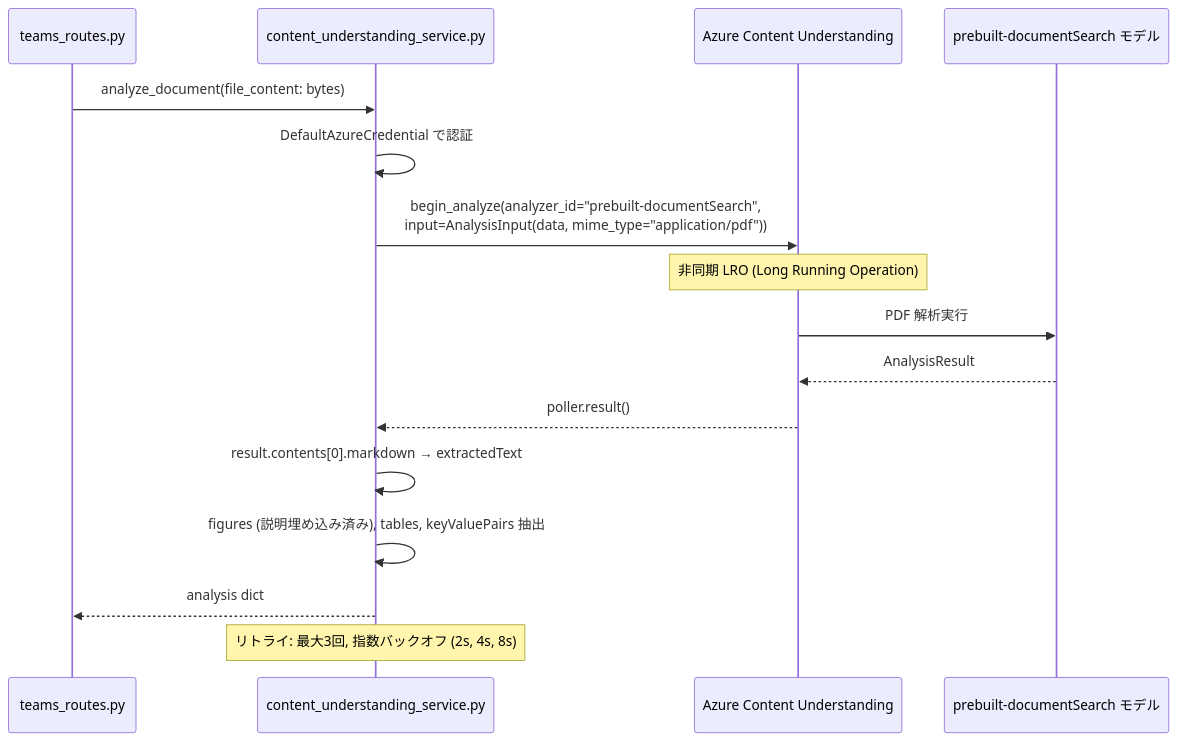
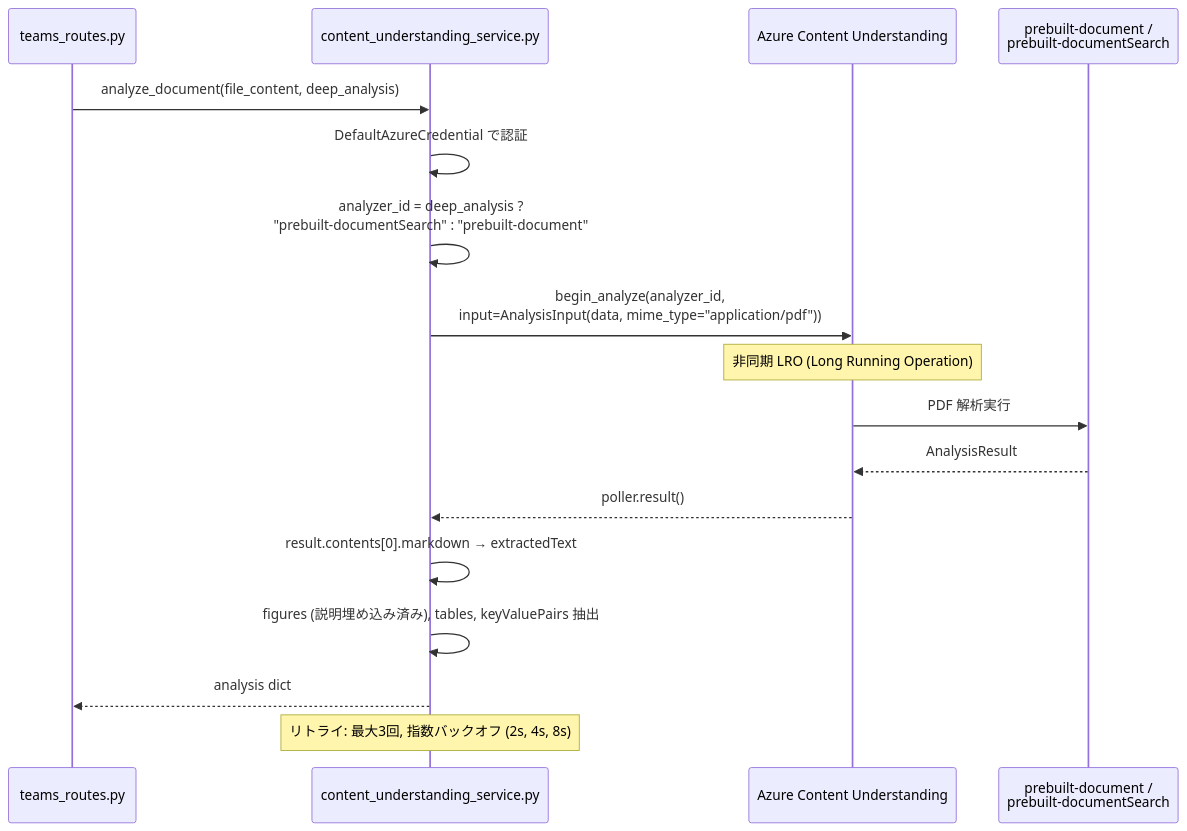
The fifth of 20 diagrams in docs/ARCHITECTURE.md (hatasaki/Manufacturing-Intelligent-Document-Management), drawn with Mermaid before and after one commit. The commit also changed other lines of this file and 8 other files, not shown here.

Commit message:
Add Deep Analysis feature with toggle and localization support

````diff
--- a/docs/ARCHITECTURE.md
+++ b/docs/ARCHITECTURE.md
@@ -198,19 +198,20 @@
 ```mermaid
 sequenceDiagram
     participant Route as teams_routes.py
     participant CU_SVC as content_understanding_service.py
     participant CU as Azure Content Understanding
-    participant Model as prebuilt-documentSearch モデル
+    participant Model as prebuilt-document /<br/>prebuilt-documentSearch
 
-    Route->>CU_SVC: analyze_document(file_content: bytes)
+    Route->>CU_SVC: analyze_document(file_content, deep_analysis)
     CU_SVC->>CU_SVC: DefaultAzureCredential で認証
-    CU_SVC->>CU: begin_analyze(analyzer_id="prebuilt-documentSearch",<br/>input=AnalysisInput(data, mime_type="application/pdf"))
+    CU_SVC->>CU_SVC: analyzer_id = deep_analysis ?<br/>"prebuilt-documentSearch" : "prebuilt-document"
+    CU_SVC->>CU: begin_analyze(analyzer_id,<br/>input=AnalysisInput(data, mime_type="application/pdf"))
     Note over CU: 非同期 LRO (Long Running Operation)
     CU->>Model: PDF 解析実行
     Model-->>CU: AnalysisResult
     CU-->>CU_SVC: poller.result()
     CU_SVC->>CU_SVC: result.contents[0].markdown → extractedText
     CU_SVC->>CU_SVC: figures (説明埋め込み済み), tables, keyValuePairs 抽出
     CU_SVC-->>Route: analysis dict
     Note over CU_SVC: リトライ: 最大3回, 指数バックオフ (2s, 4s, 8s)
 ```
````
